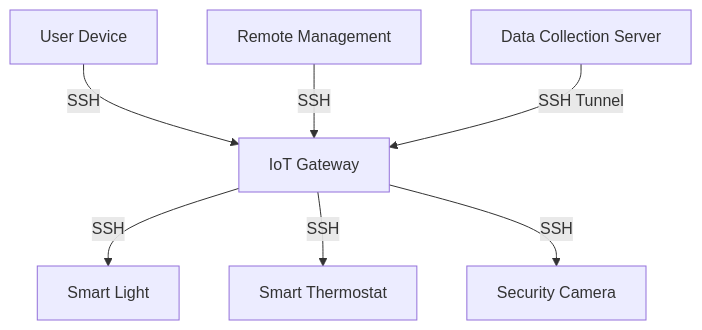
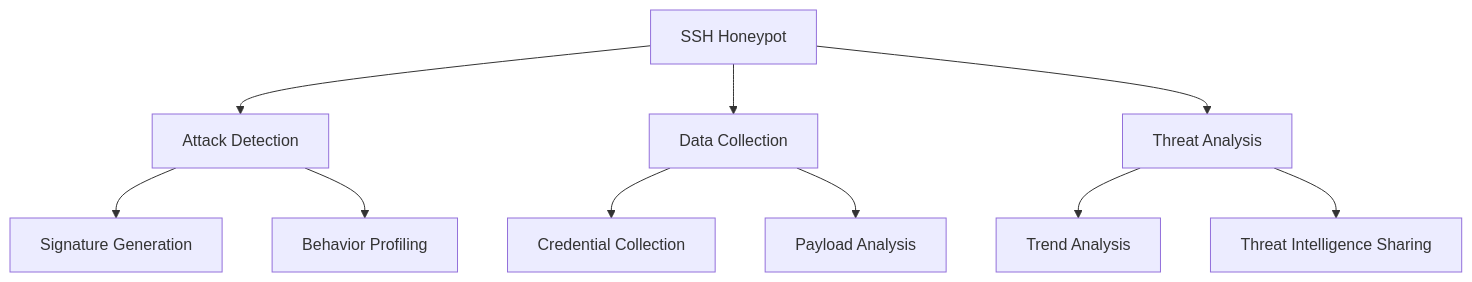
One commit to cipherbite/mastering-linux changed the fourth of 6 diagrams in mastering-ssh-part-one/6 - Advance SSH Usage.md. Above: the diagram before and after it, drawn with Mermaid. The commit also changed other lines of this file, not shown here.

Commit message:
Update 6 - Advance SSH Usage.md

````diff
--- a/mastering-ssh-part-one/6 - Advance SSH Usage.md
+++ b/mastering-ssh-part-one/6 - Advance SSH Usage.md
@@ -109,9 +222,12 @@
 ```mermaid
 graph TD
-    A[User Device] -->|SSH| B[IoT Gateway]
-    B -->|SSH| C[Smart Light]
-    B -->|SSH| D[Smart Thermostat]
-    B -->|SSH| E[Security Camera]
-    F[Remote Management] -->|SSH| B
-    G[Data Collection Server] -->|SSH Tunnel| B
+    A[SSH Honeypot] --> B[Attack Detection]
+    A --> C[Data Collection]
+    A --> D[Threat Analysis]
+    B --> E[Signature Generation]
+    B --> F[Behavior Profiling]
+    C --> G[Credential Collection]
+    C --> H[Payload Analysis]
+    D --> I[Trend Analysis]
+    D --> J[Threat Intelligence Sharing]
 ```
````
